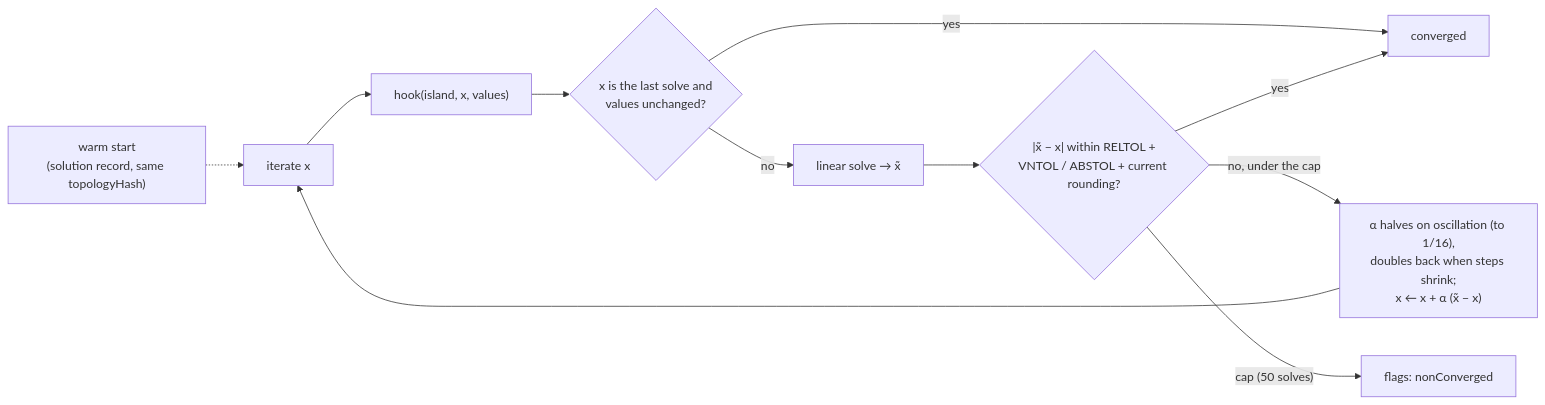
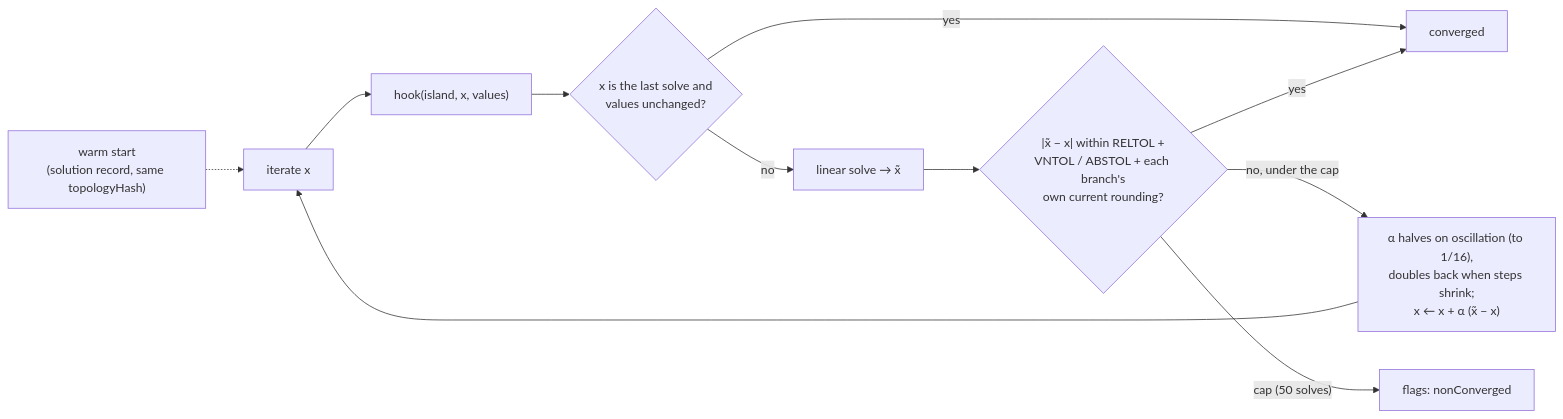
One commit to joebarbere/controls changed the fourth of 5 diagrams in docs/architecture/simulation.md. Above: the diagram before and after it, drawn with Mermaid. The commit also changed other lines of this file and 11 other files, not shown here.

First line of the commit message:
fix(sim-core): per-branch outer-loop current tolerance, sparse pin, review fixes (F2.2 part 3)

````diff
--- a/docs/architecture/simulation.md
+++ b/docs/architecture/simulation.md
@@ -250,13 +250,13 @@
 ```mermaid
 flowchart LR
     W["warm start<br/>(solution record, same topologyHash)"] -.-> X["iterate x"]
     X --> HK["hook(island, x, values)"]
     HK --> FP{"x is the last solve and<br/>values unchanged?"}
     FP -- yes --> DONE["converged"]
     FP -- no --> LS["linear solve → x̃"]
-    LS --> CV{"|x̃ − x| within RELTOL +<br/>VNTOL / ABSTOL + current rounding?"}
+    LS --> CV{"|x̃ − x| within RELTOL +<br/>VNTOL / ABSTOL + each branch's<br/>own current rounding?"}
     CV -- yes --> DONE
     CV -- "no, under the cap" --> DAMP["α halves on oscillation (to 1/16),<br/>doubles back when steps shrink;<br/>x ← x + α (x̃ − x)"]
     DAMP --> X
     CV -- "cap (50 solves)" --> NC["flags: nonConverged"]
 ```
````
